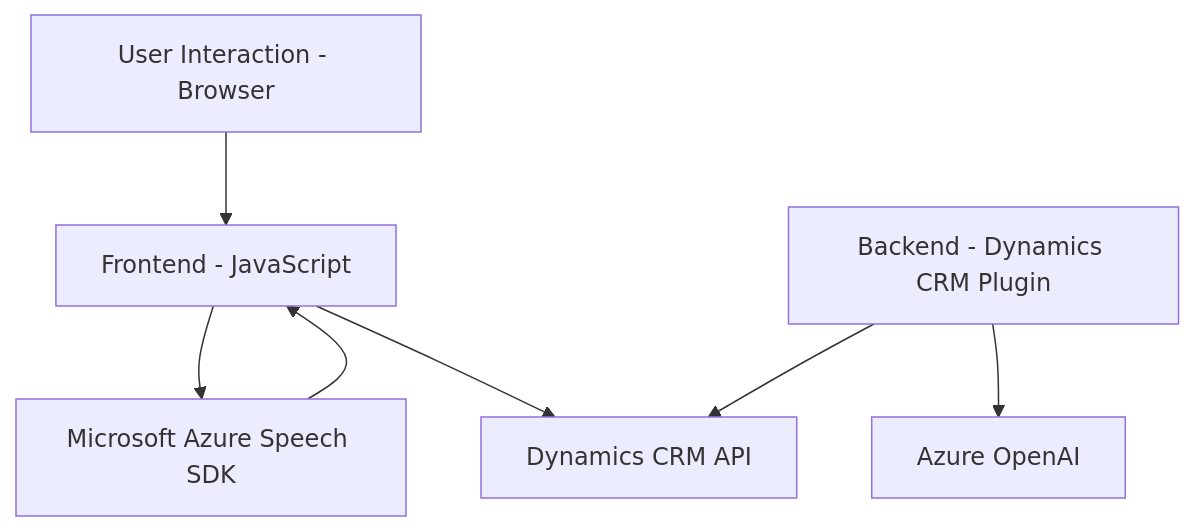
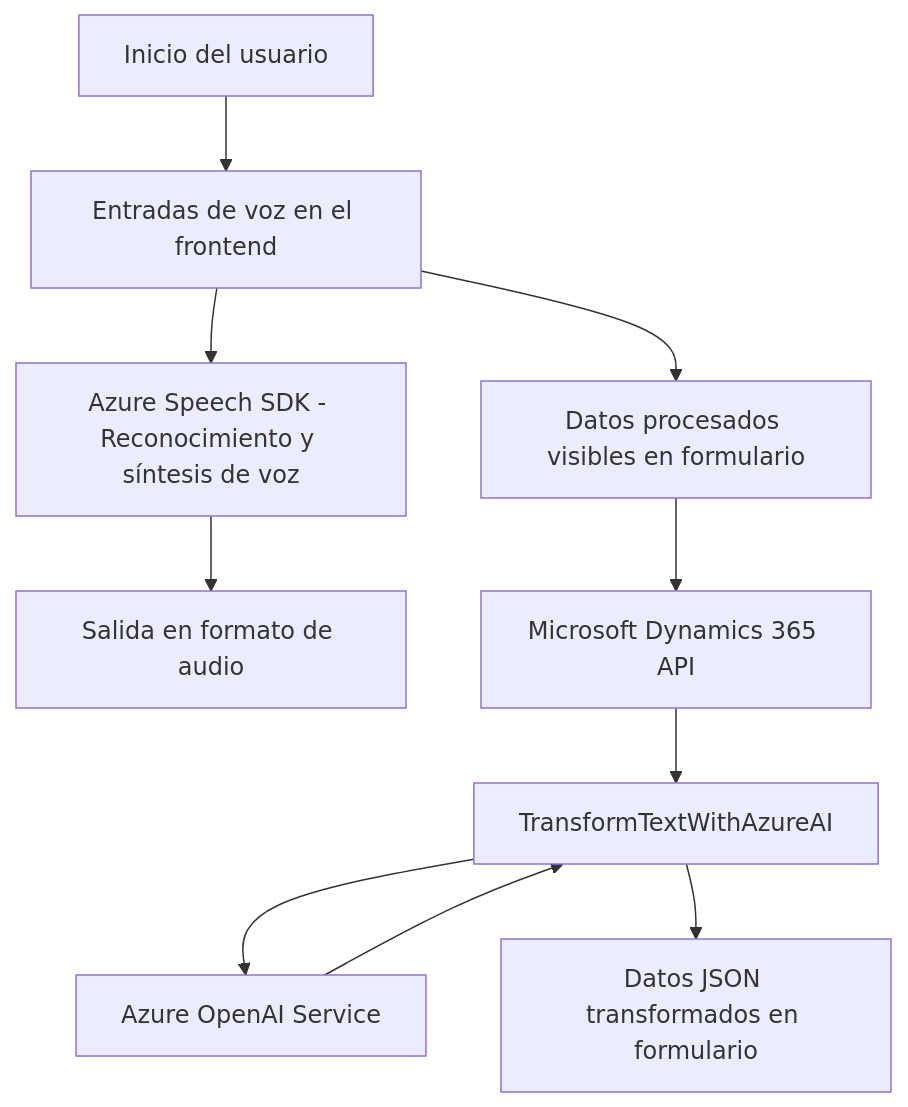
The diagram in README.md (blopezdm/NETCORE_BILBAO2025), drawn with Mermaid before and after one commit. The commit also changed other lines of this file, not shown here.

````diff
--- a/README.md
+++ b/README.md
@@ -34,16 +33,14 @@
 ```mermaid
 graph TD
-  A["Frontend - JavaScript"]
-  B["Backend - Dynamics CRM Plugin"]
-  C["Microsoft Azure Speech SDK"]
-  D["Azure OpenAI"]
-  E["Dynamics CRM API"]
-  F["User Interaction - Browser"]
+    A["Inicio del usuario"] --> B["Entradas de voz en el frontend"]
+    B --> C["Azure Speech SDK - Reconocimiento y síntesis de voz"]
+    C --> D["Salida en formato de audio"]
 
-  F --> A
-  A --> C
-  A --> E
-  B --> E
-  B --> D
-  C --> A
+    B --> E["Datos procesados visibles en formulario"]
+    E --> F["Microsoft Dynamics 365 API"]
+    
+    F --> G["TransformTextWithAzureAI"]
+    G --> H["Azure OpenAI Service"]
+    H --> G
+    G --> I["Datos JSON transformados en formulario"]
 ```
````
